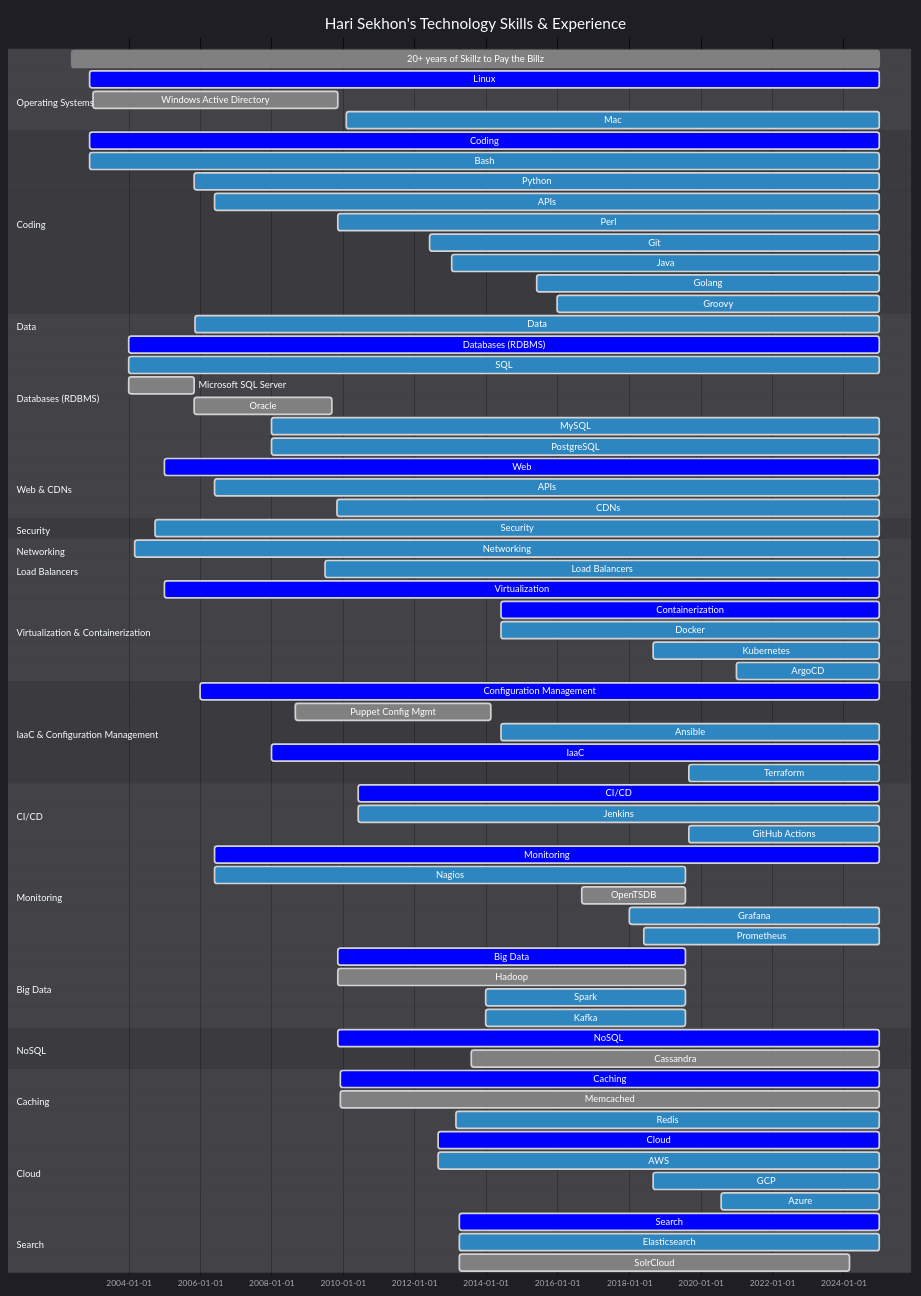
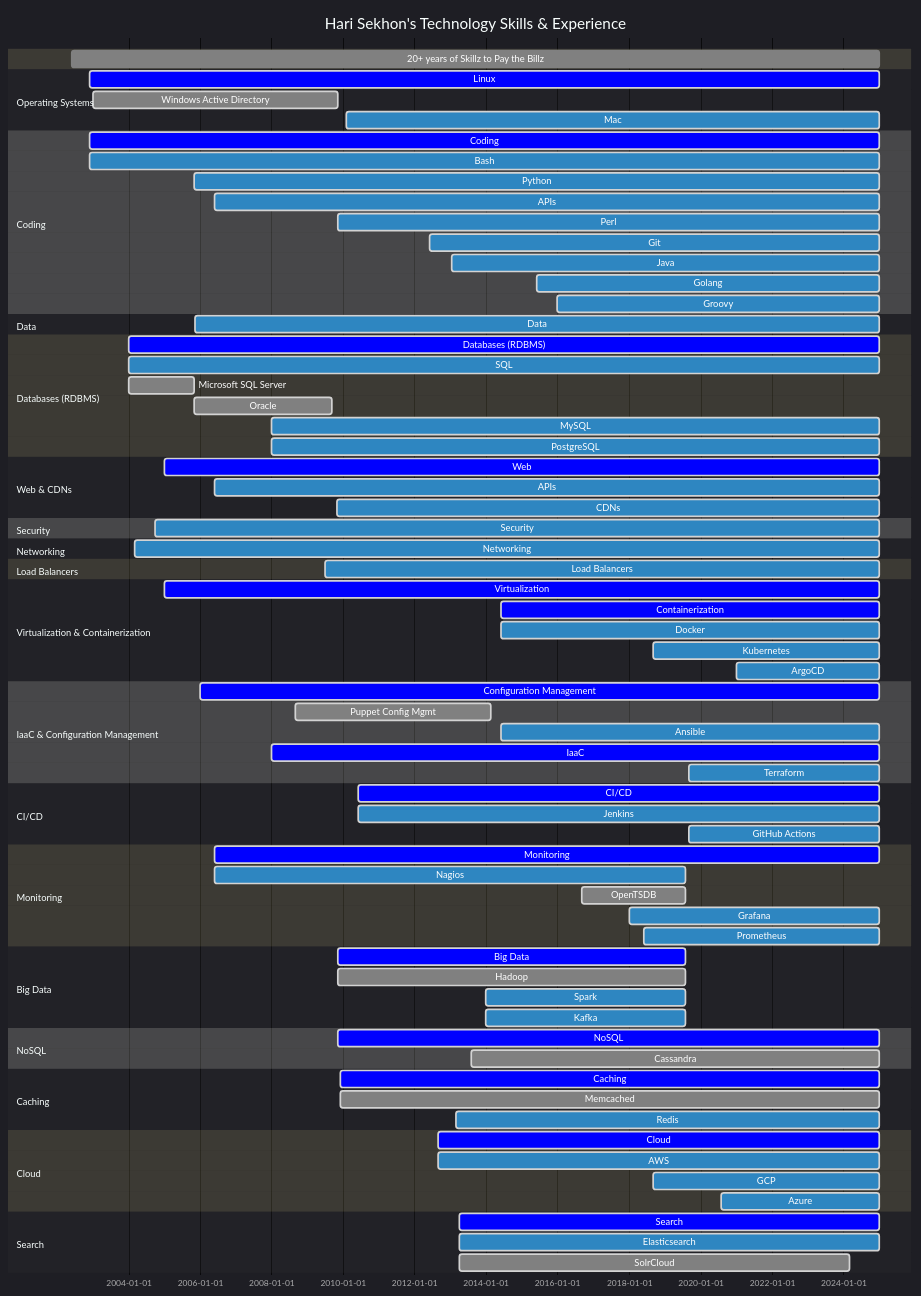
One commit to HariSekhon/HariSekhon changed the diagram in README.md. Above: the diagram before and after it, drawn with Mermaid. The commit also changed other lines of this file, not shown here.

```diff
--- a/README.md
+++ b/README.md
@@ -283,15 +287,12 @@
         'themeVariables': {
           'activeTaskBkgColor': '#2e86c1',
           'activeTaskBorderColor': 'lightgrey',
-          'altSectionBkgColor': 'lightgrey',
           'critBkgColor': 'blue',
           'critBorderColor': 'lightgrey',
           'doneTaskBkgColor': 'grey',
           'doneTaskBorderColor': 'lightgrey',
           'excludeBkgColor': '#eeeeee',
           'gridColor': 'lightgrey',
-          'sectionBkgColor': 'lightgrey',
-          'sectionBkgColor2': 'darkgrey',
           'taskBkgColor': 'grey',
           'taskBorderColor': 'grey',
           'taskTextClickableColor': 'white',
```
